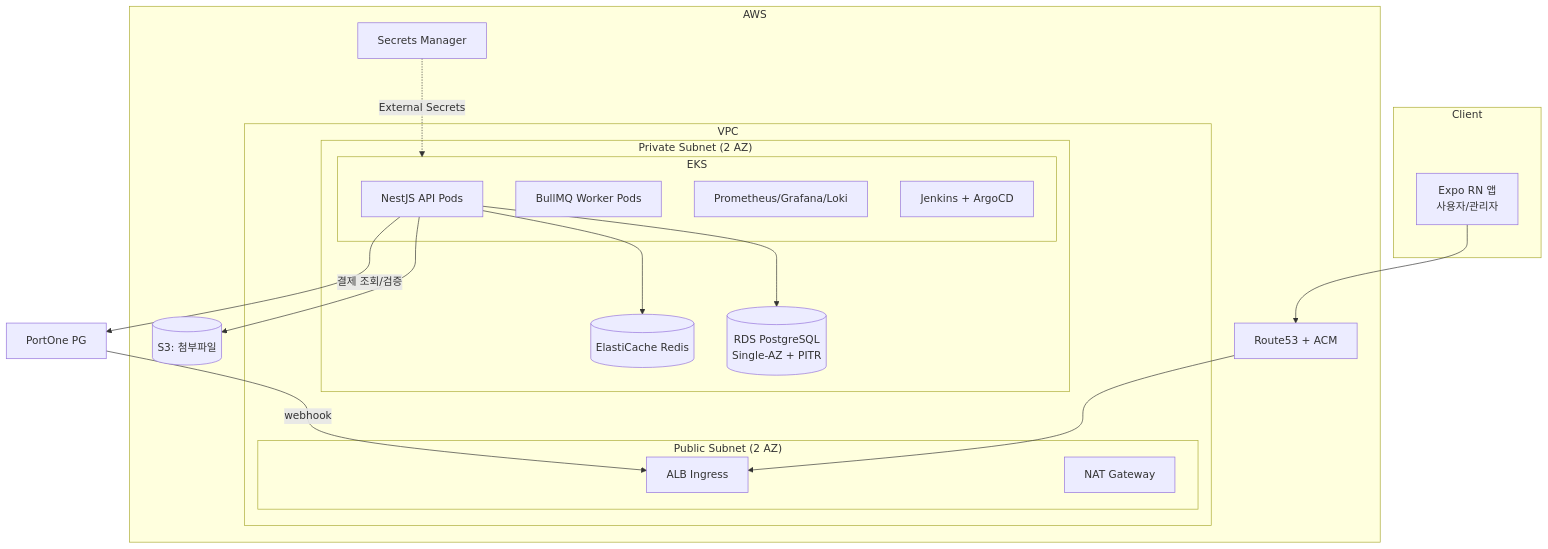
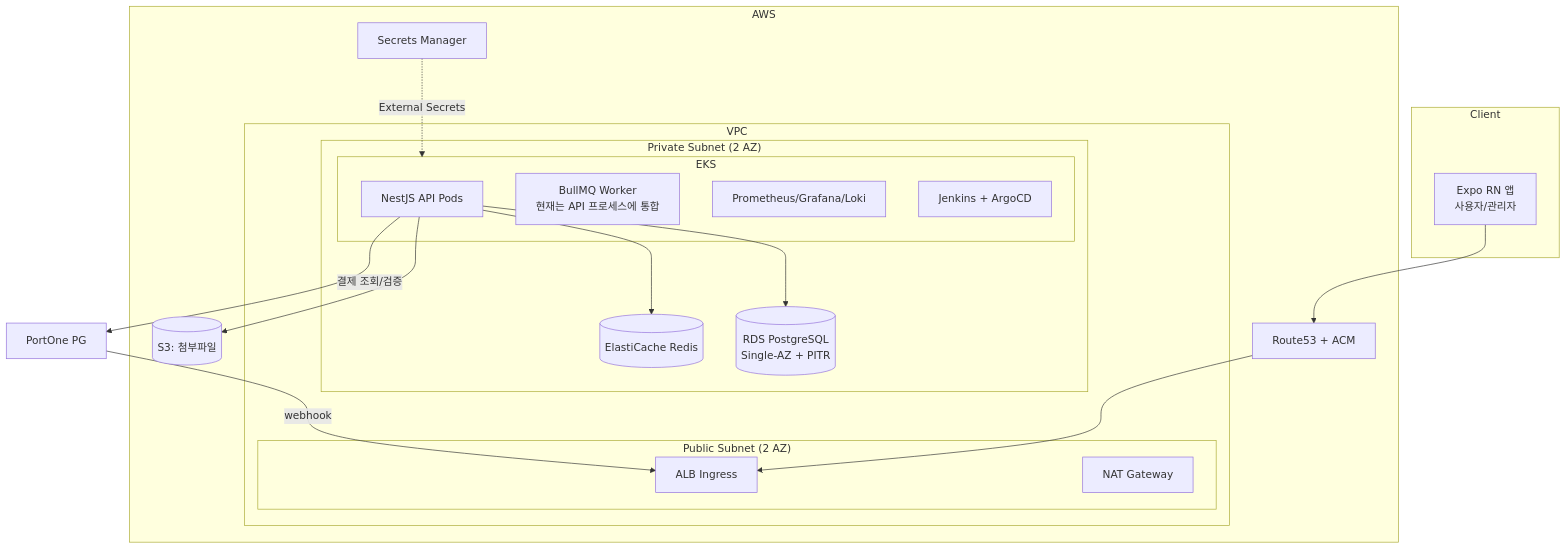
One commit to So1ky/LUNOTE changed the diagram in docs/ARCHITECTURE.md. Above: the diagram before and after it, drawn with Mermaid. The commit also changed other lines of this file and 1 other file, not shown here.

First line of the commit message:
docs(architecture): staging 배포와 워커 통합 결정 기록

````diff
--- a/docs/ARCHITECTURE.md
+++ b/docs/ARCHITECTURE.md
@@ -35,33 +35,33 @@
 ```mermaid
 graph TB
     subgraph Client
         APP[Expo RN 앱<br/>사용자/관리자]
     end
     subgraph AWS
         R53[Route53 + ACM] --> ALB[ALB Ingress]
         subgraph VPC
             subgraph "Public Subnet (2 AZ)"
                 ALB
                 NAT[NAT Gateway]
             end
             subgraph "Private Subnet (2 AZ)"
                 subgraph EKS
                     API[NestJS API Pods]
-                    WORKER[BullMQ Worker Pods]
+                    WORKER[BullMQ Worker<br/>현재는 API 프로세스에 통합]
                     OBS[Prometheus/Grafana/Loki]
                     CICD[Jenkins + ArgoCD]
                 end
                 RDS[(RDS PostgreSQL<br/>Single-AZ + PITR)]
                 REDIS[(ElastiCache Redis)]
             end
         end
         S3[(S3: 첨부파일)]
         SM[Secrets Manager]
     end
     PORTONE[PortOne PG]
     APP --> R53
     API --> RDS & REDIS & S3
     PORTONE -- webhook --> ALB
     API -- 결제 조회/검증 --> PORTONE
     SM -. External Secrets .-> EKS
 ```
````
